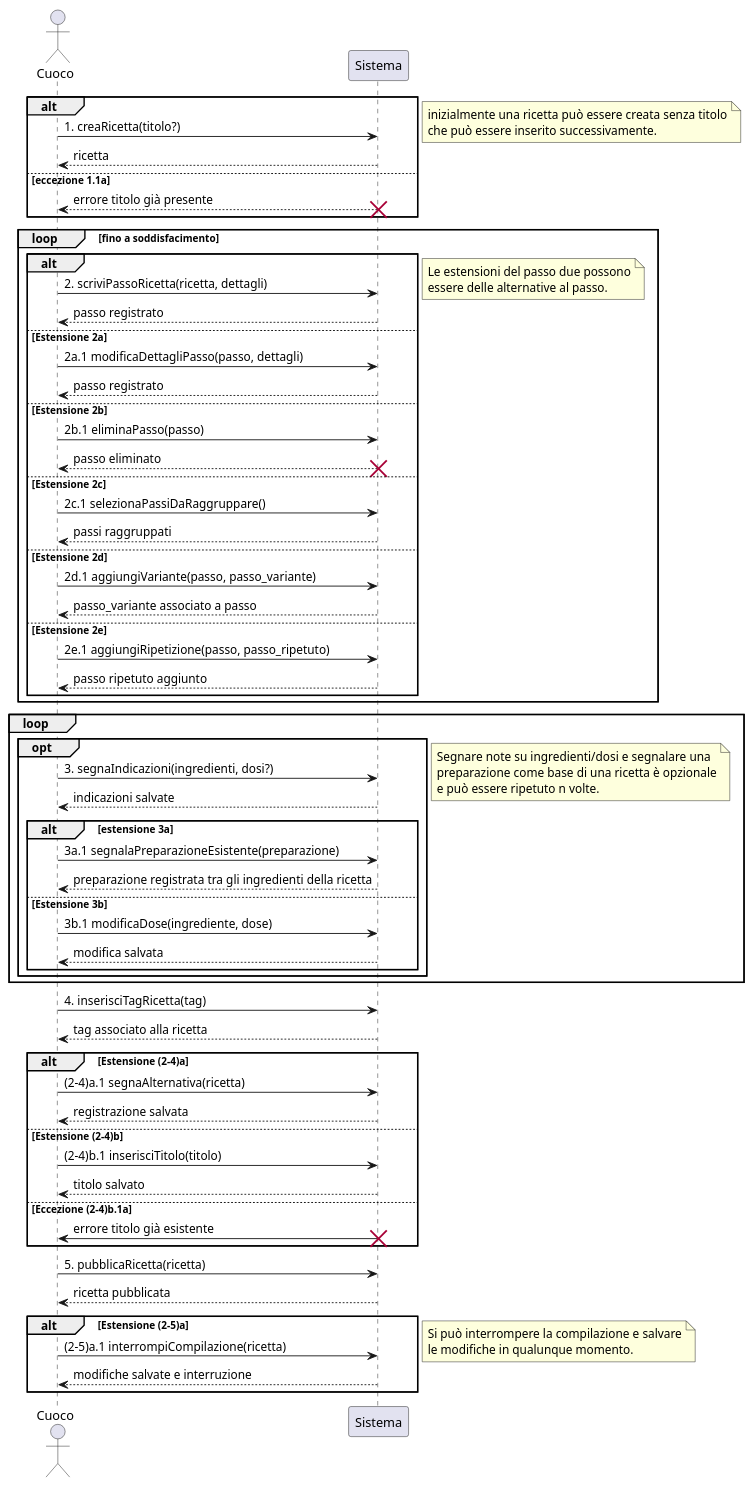
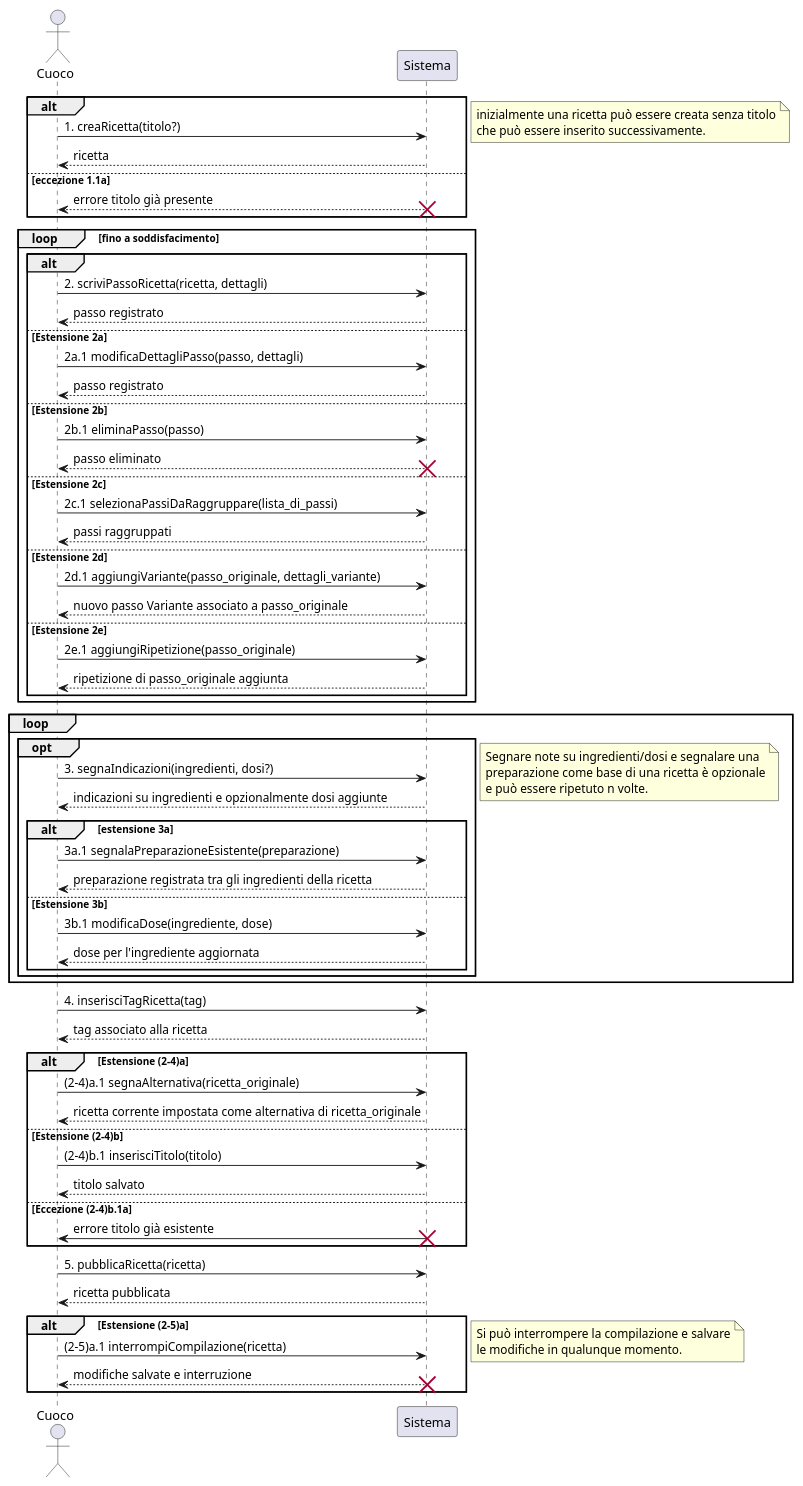
The diagram in ssd/ssd-ricette.md (m0canu1/sas), drawn with PlantUML before and after one commit. The commit also changed 1 other file, not shown here.

Commit message:
ssd aggiornati

````diff
--- a/ssd/ssd-ricette.md
+++ b/ssd/ssd-ricette.md
@@ -1,79 +1,79 @@
 ```plantuml
 
 actor Cuoco
 participant Sistema
 
 alt 
 Cuoco -> Sistema : 1. creaRicetta(titolo?)
 	Sistema --> Cuoco : ricetta
 else eccezione 1.1a
 	Sistema --> Cuoco : errore titolo già presente
 	destroy Sistema
 end
 note right: inizialmente una ricetta può essere creata senza titolo\nche può essere inserito successivamente.
  loop fino a soddisfacimento 
    		alt 
 		Cuoco -> Sistema : 2. scriviPassoRicetta(ricetta, dettagli)
 		Sistema --> Cuoco : passo registrato
     		else Estensione 2a
     			Cuoco -> Sistema: 2a.1 modificaDettagliPasso(passo, dettagli)
     			Sistema --> Cuoco: passo registrato 
     		else Estensione 2b
     			Cuoco -> Sistema: 2b.1 eliminaPasso(passo)
     			Sistema --> Cuoco: passo eliminato
     			destroy Sistema 
             else Estensione 2c
-                Cuoco -> Sistema: 2c.1 selezionaPassiDaRaggruppare()
+                Cuoco -> Sistema: 2c.1 selezionaPassiDaRaggruppare(lista_di_passi)
                 Sistema --> Cuoco: passi raggruppati
             else Estensione 2d
-                Cuoco -> Sistema : 2d.1 aggiungiVariante(passo, passo_variante)
-                Sistema --> Cuoco: passo_variante associato a passo
+                Cuoco -> Sistema : 2d.1 aggiungiVariante(passo_originale, dettagli_variante)
+                Sistema --> Cuoco: nuovo passo Variante associato a passo_originale
             else Estensione 2e
-                Cuoco -> Sistema : 2e.1 aggiungiRipetizione(passo, passo_ripetuto)
-                Sistema --> Cuoco: passo ripetuto aggiunto
+                Cuoco -> Sistema : 2e.1 aggiungiRipetizione(passo_originale)
+                Sistema --> Cuoco: ripetizione di passo_originale aggiunta
             end
-    		note right: Le estensioni del passo due possono\nessere delle alternative al passo.
     end
     
     loop
     	opt	
     			Cuoco -> Sistema : 3. segnaIndicazioni(ingredienti, dosi?)
-    			Sistema --> Cuoco : indicazioni salvate
+    			Sistema --> Cuoco : indicazioni su ingredienti e opzionalmente dosi aggiunte
     			alt estensione 3a 
                     Cuoco -> Sistema : 3a.1 segnalaPreparazioneEsistente(preparazione)
     				Sistema --> Cuoco : preparazione registrata tra gli ingredienti della ricetta
     			else Estensione 3b
     				Cuoco -> Sistema : 3b.1 modificaDose(ingrediente, dose)
-    				Sistema --> Cuoco: modifica salvata
+    				Sistema --> Cuoco: dose per l'ingrediente aggiornata
     			end
     	end
     	note right: Segnare note su ingredienti/dosi e segnalare una\npreparazione come base di una ricetta è opzionale\ne può essere ripetuto n volte.
     
     end
     Cuoco -> Sistema : 4. inserisciTagRicetta(tag)
     Sistema --> Cuoco : tag associato alla ricetta
 
 alt Estensione (2-4)a
-    Cuoco -> Sistema : (2-4)a.1 segnaAlternativa(ricetta)
-    Sistema --> Cuoco : registrazione salvata
+    Cuoco -> Sistema : (2-4)a.1 segnaAlternativa(ricetta_originale)
+    Sistema --> Cuoco : ricetta corrente impostata come alternativa di ricetta_originale
 
 else Estensione (2-4)b
 		Cuoco -> Sistema : (2-4)b.1 inserisciTitolo(titolo)
 		Sistema --> Cuoco: titolo salvato
 	else Eccezione (2-4)b.1a
 		Sistema -> Cuoco : errore titolo già esistente
 		destroy Sistema
 end
 
 Cuoco -> Sistema : 5. pubblicaRicetta(ricetta)
 Sistema --> Cuoco : ricetta pubblicata
 
 alt Estensione (2-5)a
 	Cuoco -> Sistema :(2-5)a.1 interrompiCompilazione(ricetta)
 	Sistema --> Cuoco : modifiche salvate e interruzione
+    destroy Sistema
 end
 note right: Si può interrompere la compilazione e salvare\nle modifiche in qualunque momento.
 
 
 
 ```
````
